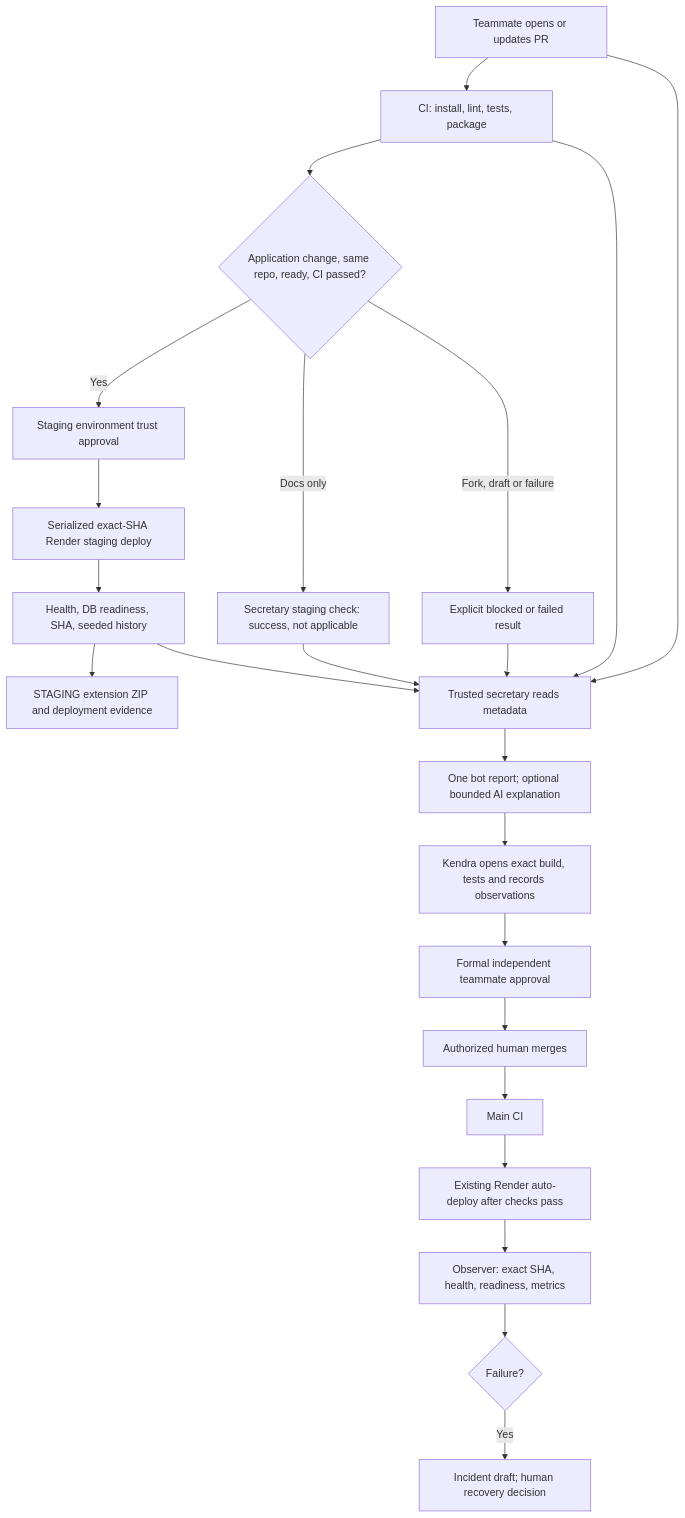
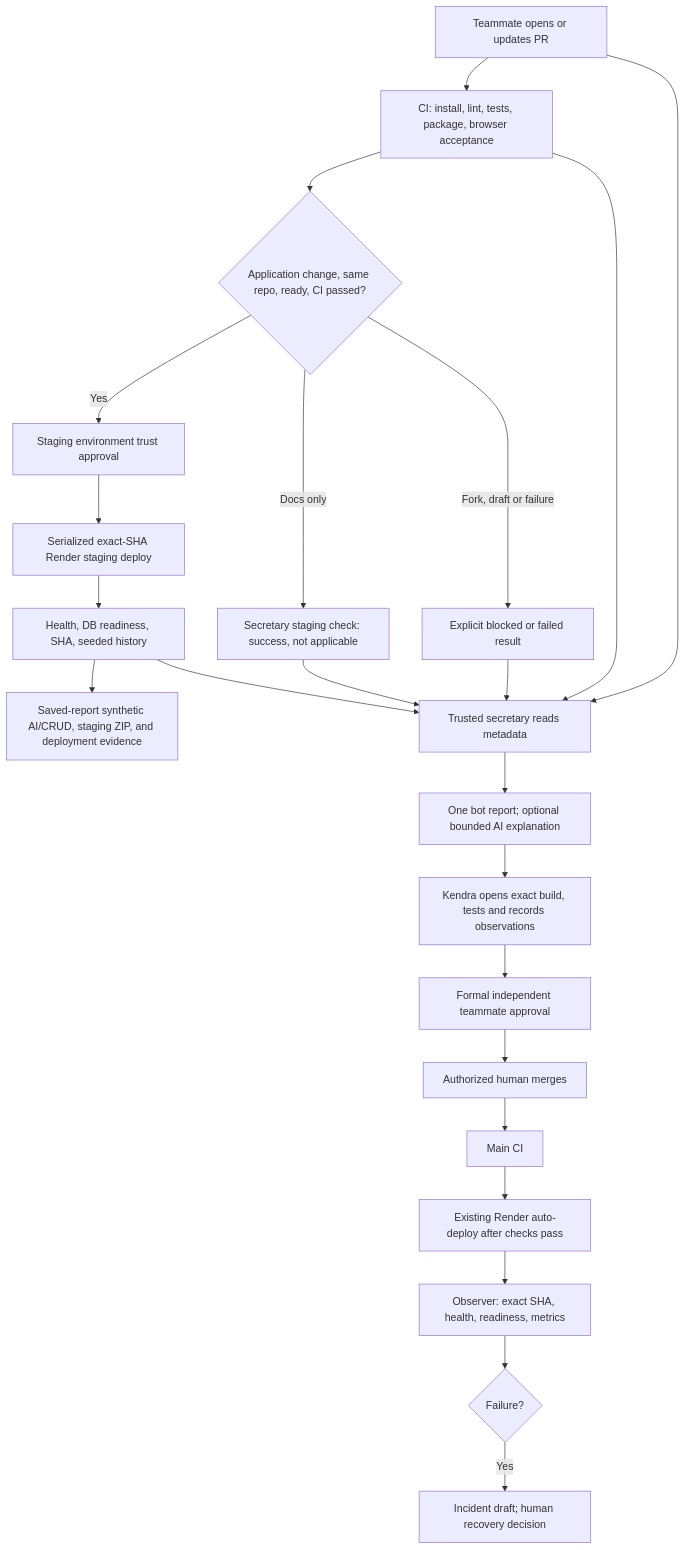
The diagram in docs/devops/secretary.md (kendshhh/PhishLens), drawn with Mermaid before and after one commit. The commit also changed other lines of this file and 14 other files, not shown here.

````diff
--- a/docs/devops/secretary.md
+++ b/docs/devops/secretary.md
@@ -16,25 +16,25 @@
 ```mermaid
 flowchart TD
-  P[Teammate opens or updates PR] --> C[CI: install, lint, tests, package]
+  P[Teammate opens or updates PR] --> C[CI: install, lint, tests, package, browser acceptance]
   P --> R[Trusted secretary reads metadata]
   C --> D{Application change, same repo, ready, CI passed?}
   D -->|Yes| E[Staging environment trust approval]
   E --> S[Serialized exact-SHA Render staging deploy]
   S --> V[Health, DB readiness, SHA, seeded history]
-  V --> Z[STAGING extension ZIP and deployment evidence]
+  V --> Z[Saved-report synthetic AI/CRUD, staging ZIP, and deployment evidence]
   D -->|Docs only| N[Secretary staging check: success, not applicable]
   D -->|Fork, draft or failure| B[Explicit blocked or failed result]
   C --> R
   V --> R
   N --> R
   B --> R
   R --> A[One bot report; optional bounded AI explanation]
   A --> K[Kendra opens exact build, tests and records observations]
   K --> H[Formal independent teammate approval]
   H --> M[Authorized human merges]
   M --> MC[Main CI]
   MC --> RD[Existing Render auto-deploy after checks pass]
   RD --> O[Observer: exact SHA, health, readiness, metrics]
   O --> F{Failure?}
   F -->|Yes| I[Incident draft; human recovery decision]
 ```
````
